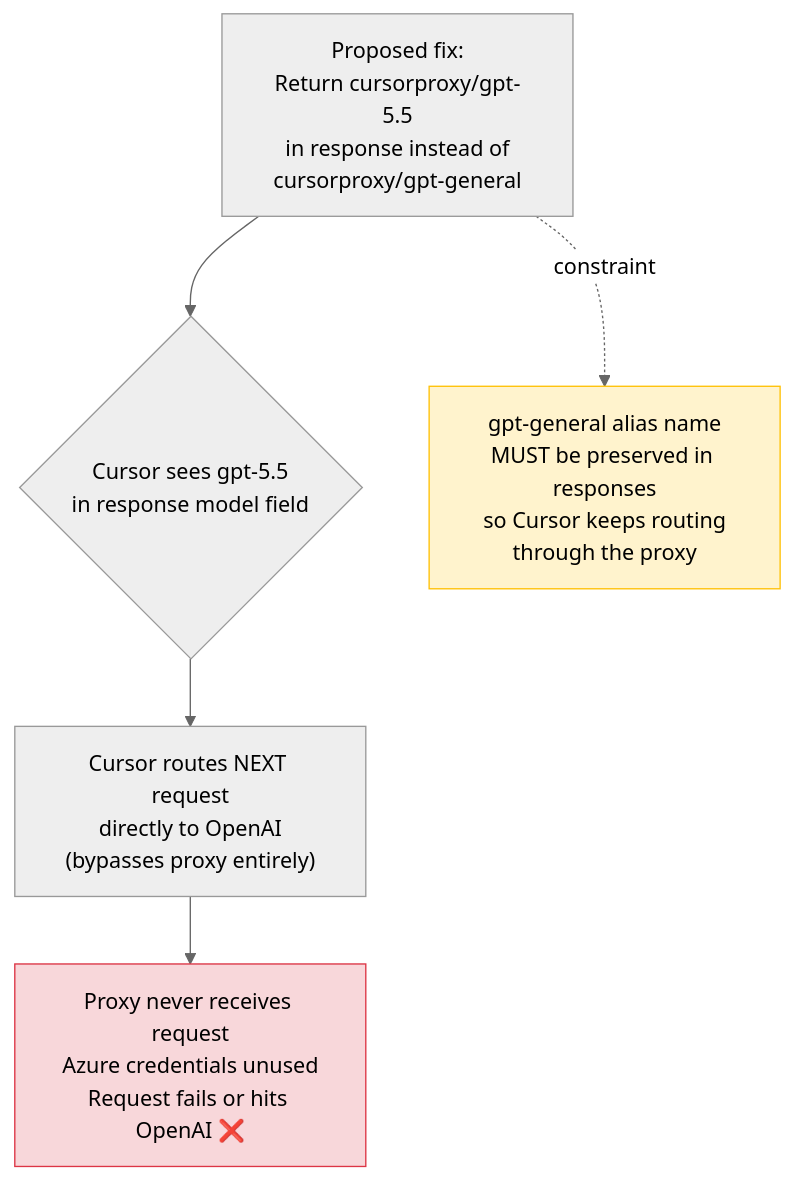
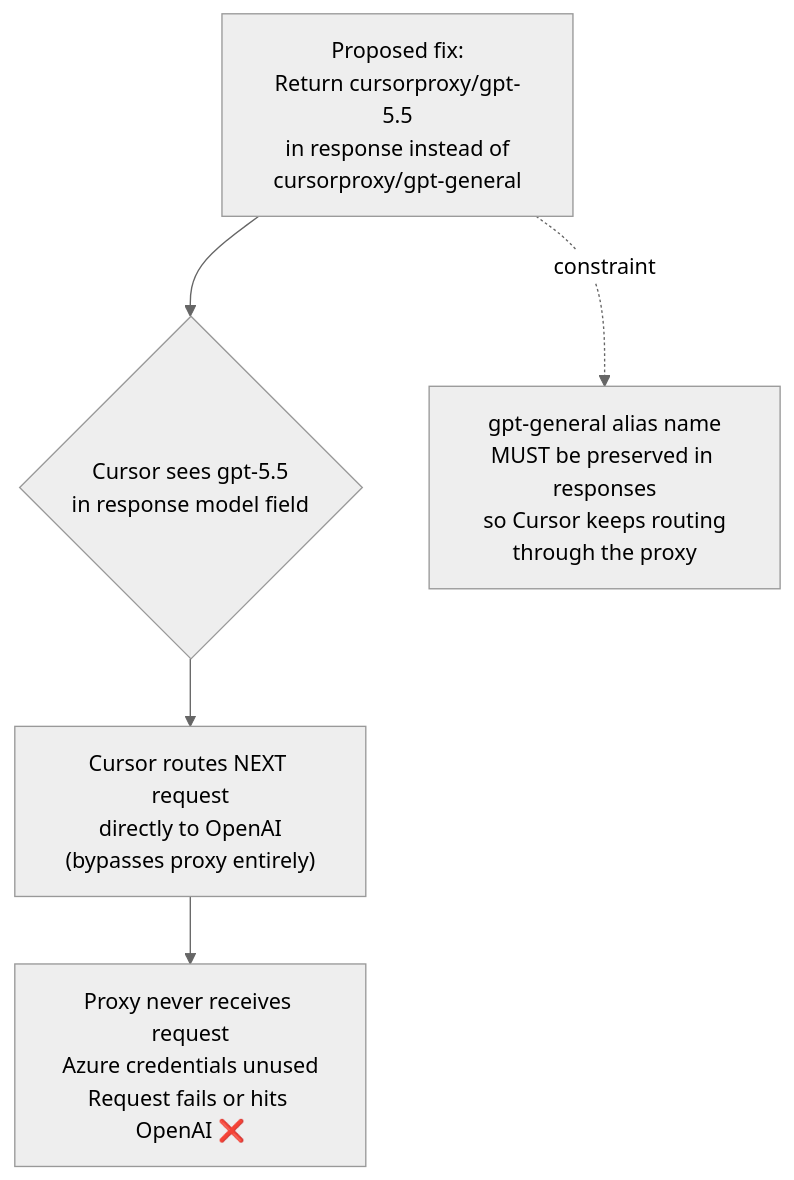
One commit to lqdflying/cursorProxy changed the fifth of 6 diagrams in doc/azure-openai.md. Above: the diagram before and after it, drawn with Mermaid (neutral theme). The commit also changed other lines of this file and 7 other files, not shown here.

````diff
--- a/doc/azure-openai.md
+++ b/doc/azure-openai.md
@@ -127,14 +128,11 @@
 ```mermaid
 flowchart TD
     FIX["Proposed fix:\nReturn cursorproxy/gpt-5.5\nin response instead of\ncursorproxy/gpt-general"]
     C1{"Cursor sees gpt-5.5\nin response model field"}
     ROUTE["Cursor routes NEXT request\ndirectly to OpenAI\n(bypasses proxy entirely)"]
     BROKEN["Proxy never receives request\nAzure credentials unused\nRequest fails or hits OpenAI ❌"]
     ALT["gpt-general alias name\nMUST be preserved in responses\nso Cursor keeps routing\nthrough the proxy"]
 
     FIX --> C1 --> ROUTE --> BROKEN
     FIX -.->|"constraint"| ALT
-
-    style BROKEN fill:#f8d7da,stroke:#dc3545
-    style ALT fill:#fff3cd,stroke:#ffc107
 ```
````
